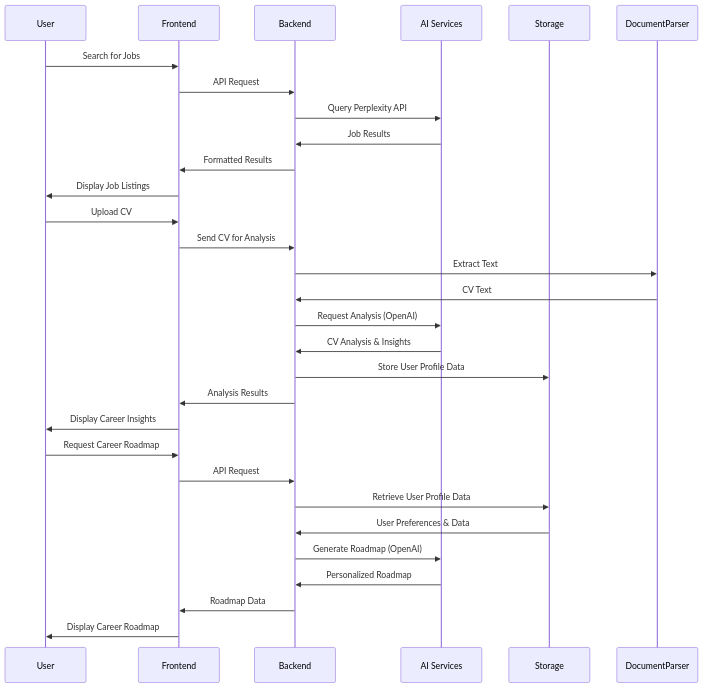
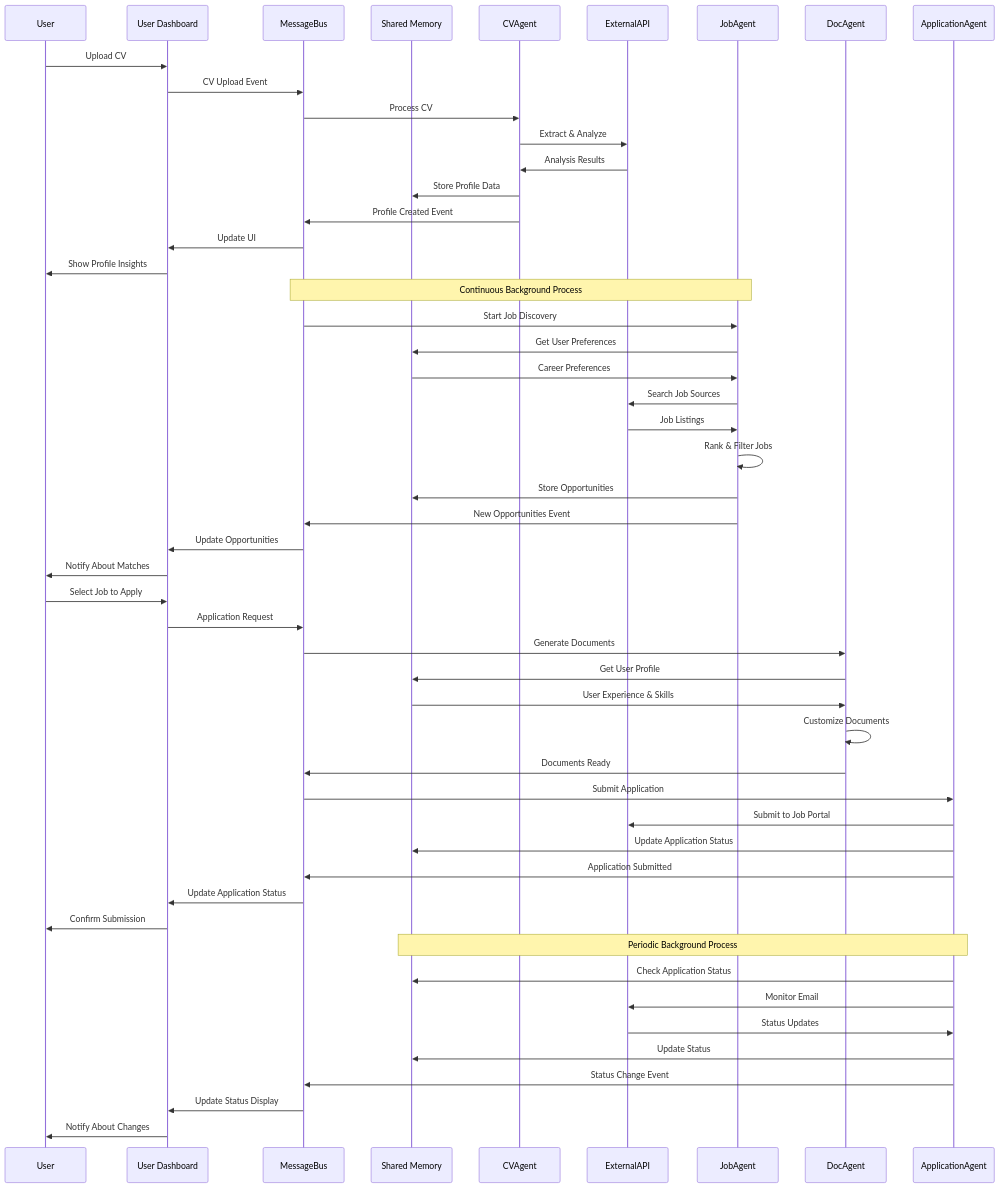
One commit to solstice035/jobSearchAgents changed the third of 4 diagrams in docs/architecture/system-architecture.md. Above: the diagram before and after it, drawn with Mermaid. The commit also changed other lines of this file and 30 other files, not shown here.

````diff
--- a/docs/architecture/system-architecture.md
+++ b/docs/architecture/system-architecture.md
@@ -58,37 +92,56 @@
 ```mermaid
 sequenceDiagram
     participant User
-    participant Frontend
-    participant Backend
-    participant AI Services
-    participant Storage
+    participant Dashboard as User Dashboard
+    participant MessageBus
+    participant Memory as Shared Memory
     
-    %% Job Search Flow
-    User->>Frontend: Search for Jobs
-    Frontend->>Backend: API Request
-    Backend->>AI Services: Query Perplexity API
-    AI Services->>Backend: Job Results
-    Backend->>Frontend: Formatted Results
-    Frontend->>User: Display Job Listings
+    %% Initial CV Upload Flow
+    User->>Dashboard: Upload CV
+    Dashboard->>MessageBus: CV Upload Event
+    MessageBus->>CVAgent: Process CV
+    CVAgent->>ExternalAPI: Extract & Analyze
+    ExternalAPI->>CVAgent: Analysis Results
+    CVAgent->>Memory: Store Profile Data
+    CVAgent->>MessageBus: Profile Created Event
+    MessageBus->>Dashboard: Update UI
+    Dashboard->>User: Show Profile Insights
     
-    %% CV Analysis Flow
-    User->>Frontend: Upload CV
-    Frontend->>Backend: Send CV for Analysis
-    Backend->>DocumentParser: Extract Text
-    DocumentParser->>Backend: CV Text
-    Backend->>AI Services: Request Analysis (OpenAI)
-    AI Services->>Backend: CV Analysis & Insights
-    Backend->>Storage: Store User Profile Data
-    Backend->>Frontend: Analysis Results
-    Frontend->>User: Display Career Insights
+    %% Autonomous Job Discovery Flow
+    Note over MessageBus,JobAgent: Continuous Background Process
+    MessageBus->>JobAgent: Start Job Discovery
+    JobAgent->>Memory: Get User Preferences
+    Memory->>JobAgent: Career Preferences
+    JobAgent->>ExternalAPI: Search Job Sources
+    ExternalAPI->>JobAgent: Job Listings
+    JobAgent->>JobAgent: Rank & Filter Jobs
+    JobAgent->>Memory: Store Opportunities
+    JobAgent->>MessageBus: New Opportunities Event
+    MessageBus->>Dashboard: Update Opportunities
+    Dashboard->>User: Notify About Matches
     
-    %% Career Roadmap Flow
-    User->>Frontend: Request Career Roadmap
-    Frontend->>Backend: API Request
-    Backend->>Storage: Retrieve User Profile Data
-    Storage->>Backend: User Preferences & Data
-    Backend->>AI Services: Generate Roadmap (OpenAI)
-    AI Services->>Backend: Personalized Roadmap
-    Backend->>Frontend: Roadmap Data
-    Frontend->>User: Display Career Roadmap
+    %% User-Triggered Application Flow
+    User->>Dashboard: Select Job to Apply
+    Dashboard->>MessageBus: Application Request
+    MessageBus->>DocAgent: Generate Documents
+    DocAgent->>Memory: Get User Profile
+    Memory->>DocAgent: User Experience & Skills
+    DocAgent->>DocAgent: Customize Documents
+    DocAgent->>MessageBus: Documents Ready
+    MessageBus->>ApplicationAgent: Submit Application
+    ApplicationAgent->>ExternalAPI: Submit to Job Portal
+    ApplicationAgent->>Memory: Update Application Status
+    ApplicationAgent->>MessageBus: Application Submitted
+    MessageBus->>Dashboard: Update Application Status
+    Dashboard->>User: Confirm Submission
+    
+    %% Autonomous Follow-up Flow
+    Note over ApplicationAgent,Memory: Periodic Background Process
+    ApplicationAgent->>Memory: Check Application Status
+    ApplicationAgent->>ExternalAPI: Monitor Email
+    ExternalAPI->>ApplicationAgent: Status Updates
+    ApplicationAgent->>Memory: Update Status
+    ApplicationAgent->>MessageBus: Status Change Event
+    MessageBus->>Dashboard: Update Status Display
+    Dashboard->>User: Notify About Changes
 ```
````
